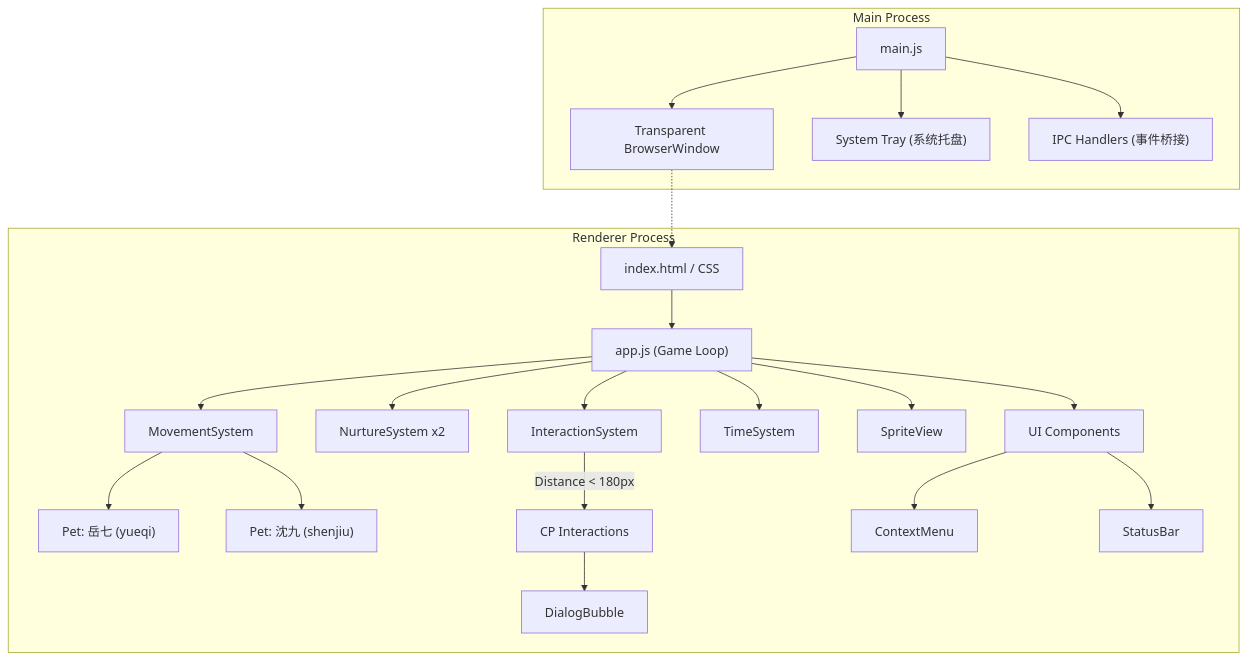
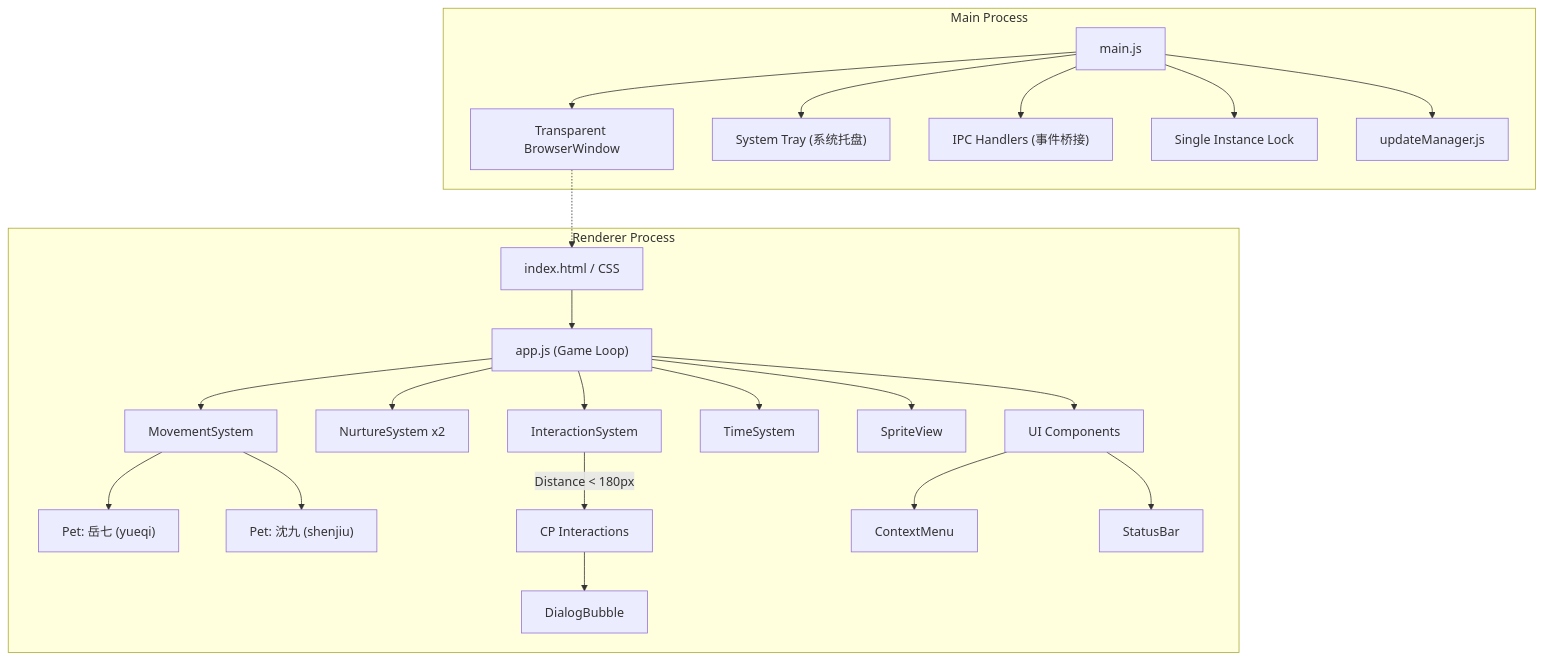
The diagram in docs/structure.md (HuihuiDreams/qijiu-desktop-pet), drawn with Mermaid before and after one commit. The commit also changed other lines of this file and 8 other files, not shown here.

Commit message:
Fix update metadata and single instance launch

````diff
--- a/docs/structure.md
+++ b/docs/structure.md
@@ -9,30 +9,32 @@
 ```mermaid
 graph TB
     subgraph Main Process
         Main["main.js"] --> Window["Transparent BrowserWindow"]
         Main --> Tray["System Tray (系统托盘)"]
         Main --> IPC["IPC Handlers (事件桥接)"]
+        Main --> Lock["Single Instance Lock"]
+        Main --> Update["updateManager.js"]
     end
     
     subgraph Renderer Process
         HTML["index.html / CSS"] --> App["app.js (Game Loop)"]
         
         App --> Move["MovementSystem"]
         App --> Nurture["NurtureSystem x2"]
         App --> Interact["InteractionSystem"]
         App --> Time["TimeSystem"]
         App --> Sprite["SpriteView"]
         
         Move --> YQ["Pet: 岳七 (yueqi)"]
         Move --> SJ["Pet: 沈九 (shenjiu)"]
         
         Interact -->|Distance < 180px| Events["CP Interactions"]
         Events --> Bubble["DialogBubble"]
         
         App --> UI["UI Components"]
         UI --> Menu["ContextMenu"]
         UI --> Status["StatusBar"]
     end
 
     Window -.-> HTML
 ```
````
